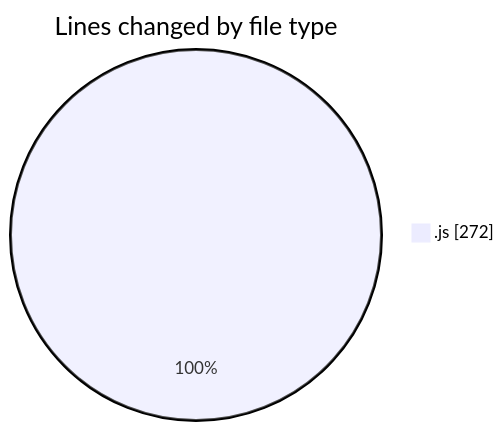
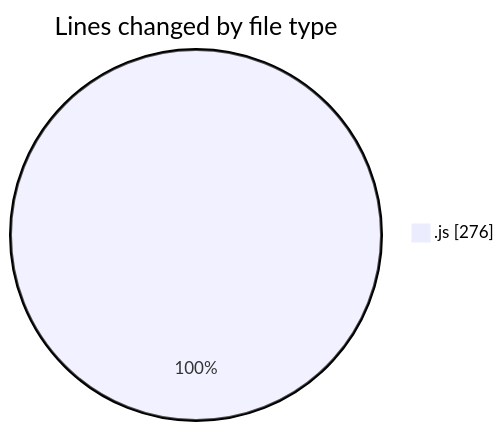
One commit to Ritupan-Deka/code-tracking changed the first of 2 diagrams in 2025-07-17/mern-workoutboard/README.md. Above: the diagram before and after it, drawn with Mermaid. The commit also changed other lines of this file and 1 other file, not shown here.

````diff
--- a/2025-07-17/mern-workoutboard/README.md
+++ b/2025-07-17/mern-workoutboard/README.md
@@ -21,5 +21,5 @@
 ```mermaid
 pie showData
 title Lines changed by file type
-".js" : 272
+".js" : 276
 ```
````
